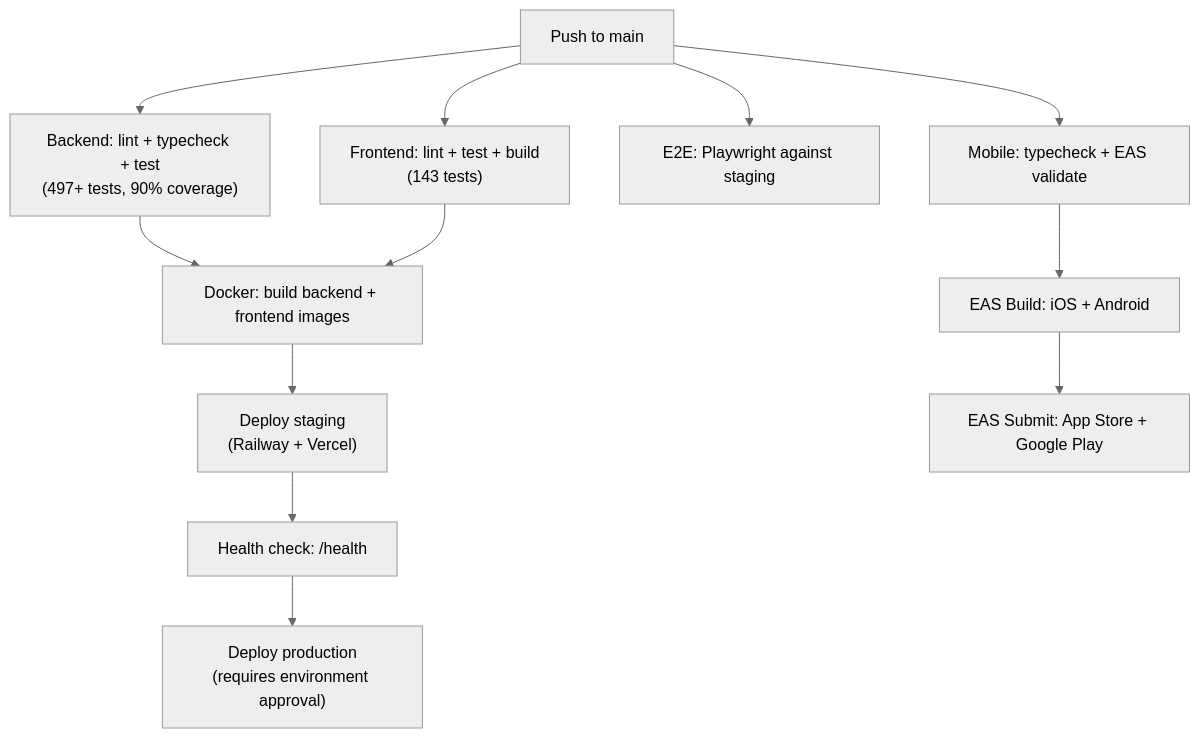
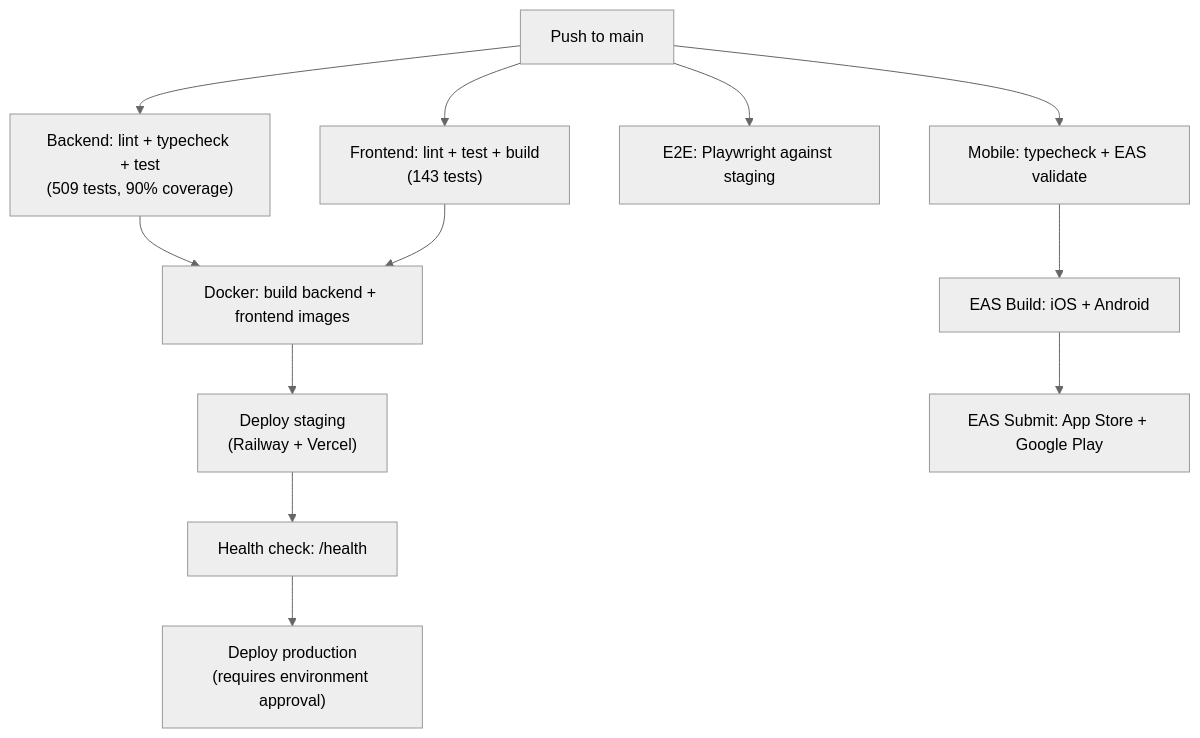
One commit to tylerm2407/Legalassistant changed the sixth of 6 diagrams in ARCHITECTURE.md. Above: the diagram before and after it, drawn with Mermaid (neutral theme). The commit also changed other lines of this file and 8 other files, not shown here.

````diff
--- a/ARCHITECTURE.md
+++ b/ARCHITECTURE.md
@@ -826,14 +826,14 @@
 ```mermaid
 flowchart TD
-    PUSH["Push to main"] --> LINT["Backend: lint + typecheck + test<br/>(497+ tests, 90% coverage)"]
+    PUSH["Push to main"] --> LINT["Backend: lint + typecheck + test<br/>(509 tests, 90% coverage)"]
     PUSH --> WEB["Frontend: lint + test + build<br/>(143 tests)"]
     PUSH --> E2E["E2E: Playwright against staging"]
     PUSH --> MOBILE["Mobile: typecheck + EAS validate"]
     LINT --> DOCKER["Docker: build backend + frontend images"]
     WEB --> DOCKER
     DOCKER --> STAGING["Deploy staging<br/>(Railway + Vercel)"]
     STAGING --> HEALTH["Health check: /health"]
     HEALTH --> PROD["Deploy production<br/>(requires environment approval)"]
     MOBILE --> EAS["EAS Build: iOS + Android"]
     EAS --> SUBMIT["EAS Submit: App Store + Google Play"]
 ```
````
